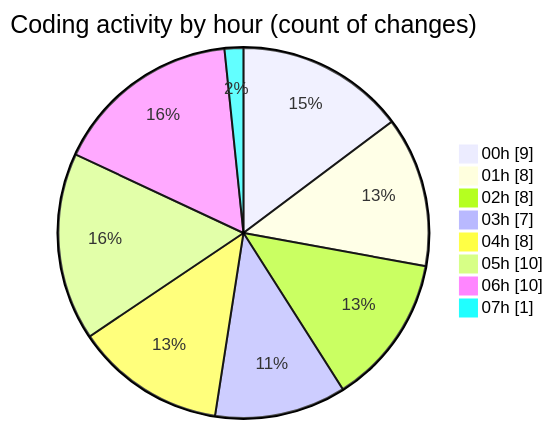
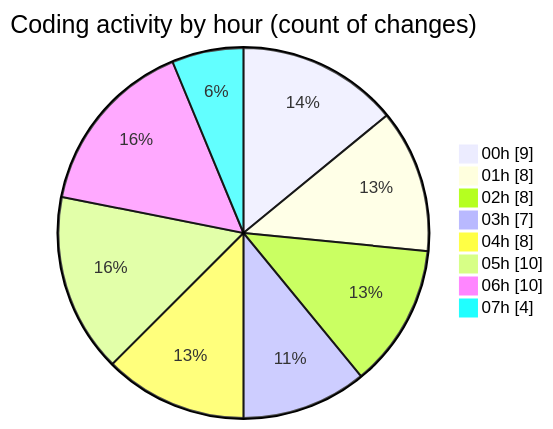
The second of 2 diagrams in 2025-07-14/telebot/README.md (jrari/code-tracking), drawn with Mermaid before and after one commit. The commit also changed other lines of this file and 1 other file, not shown here.

````diff
--- a/2025-07-14/telebot/README.md
+++ b/2025-07-14/telebot/README.md
@@ -55,12 +55,12 @@
 ```mermaid
 pie showData
 title Coding activity by hour (count of changes)
 "00h" : 9
 "01h" : 8
 "02h" : 8
 "03h" : 7
 "04h" : 8
 "05h" : 10
 "06h" : 10
-"07h" : 1
+"07h" : 4
 ```
````
